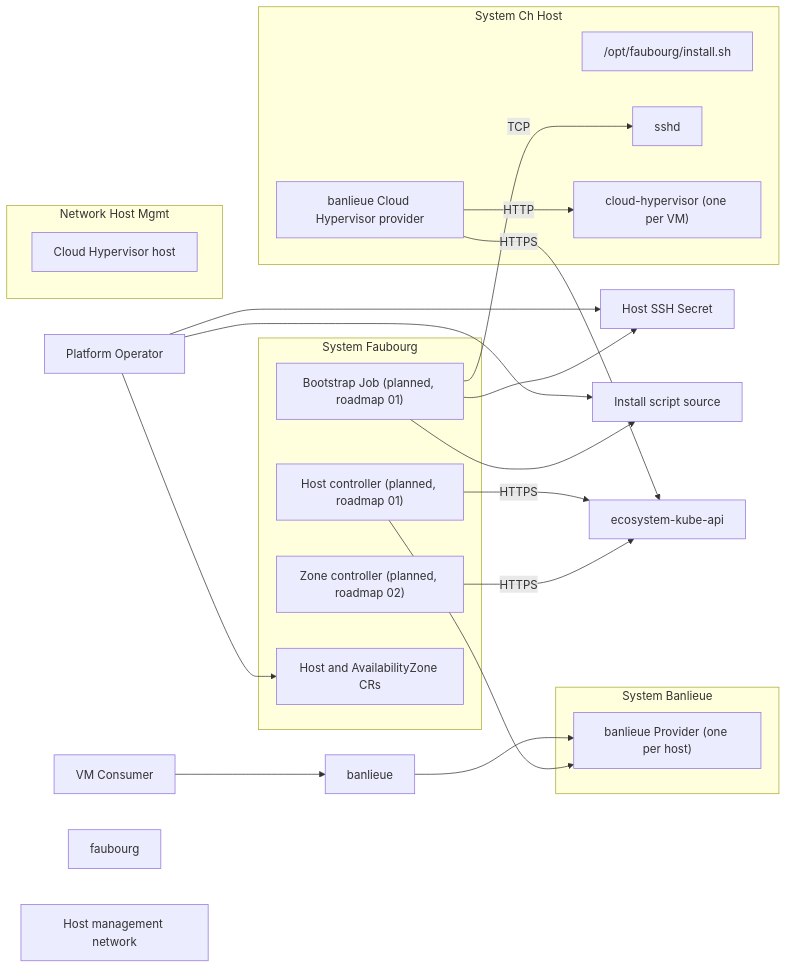
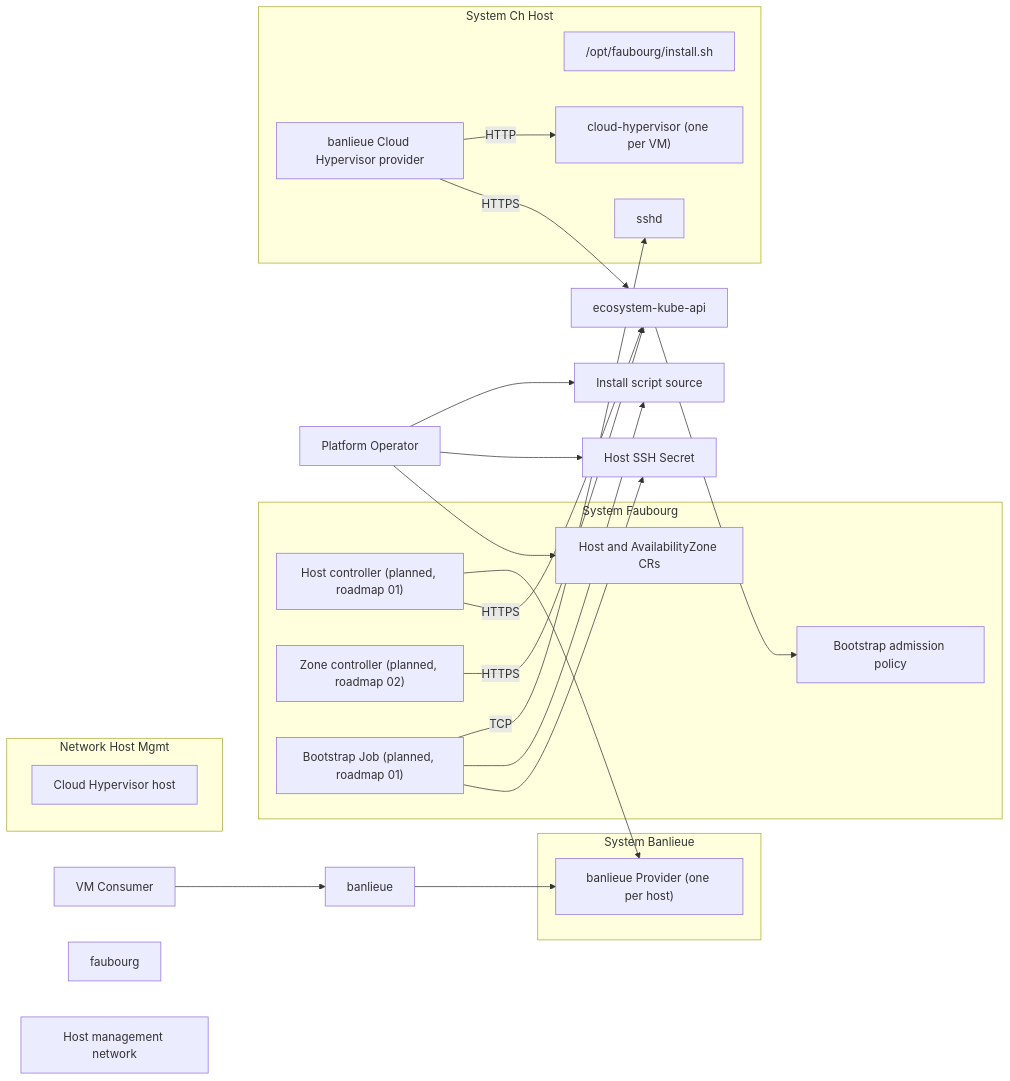
The diagram in docs/architecture/diagrams/system.md (firestoned/faubourg), drawn with Mermaid before and after one commit. The commit also changed 26 other files, not shown here.

First line of the commit message:
feat(controller): bootstrap Job builder under an admission policy (ADR-0008, roadmap 01) (#3)

````diff
--- a/docs/architecture/diagrams/system.md
+++ b/docs/architecture/diagrams/system.md
@@ -21,51 +21,54 @@
 ```mermaid
 flowchart LR
     actor-platform-operator["Platform Operator"]
     actor-vm-consumer["VM Consumer"]
     system-faubourg["faubourg"]
     service-host-controller["Host controller (planned, roadmap 01)"]
     service-zone-controller["Zone controller (planned, roadmap 02)"]
     service-bootstrap-job["Bootstrap Job (planned, roadmap 01)"]
+    service-bootstrap-admission-policy["Bootstrap admission policy"]
     data-asset-host-az-crs["Host and AvailabilityZone CRs"]
     data-asset-ssh-secret["Host SSH Secret"]
     system-banlieue["banlieue"]
     data-asset-provider-cr["banlieue Provider (one per host)"]
     system-ch-host["Cloud Hypervisor host"]
     data-asset-install-script["Install script source"]
     data-asset-host-install-script["/opt/faubourg/install.sh"]
     service-ssh["sshd"]
     service-banlieue-ch-provider["banlieue Cloud Hypervisor provider"]
     service-cloud-hypervisor["cloud-hypervisor (one per VM)"]
     network-host-mgmt["Host management network"]
     subgraph sg_system-faubourg [System Faubourg]
         service-host-controller
         service-zone-controller
         service-bootstrap-job
+        service-bootstrap-admission-policy
         data-asset-host-az-crs
     end
     subgraph sg_system-ch-host [System Ch Host]
         service-ssh
         data-asset-host-install-script
         service-banlieue-ch-provider
         service-cloud-hypervisor
     end
     subgraph sg_system-banlieue [System Banlieue]
         data-asset-provider-cr
     end
     subgraph sg_network-host-mgmt [Network Host Mgmt]
         system-ch-host
     end
     actor-platform-operator --> data-asset-host-az-crs
     actor-platform-operator --> data-asset-ssh-secret
     actor-platform-operator --> data-asset-install-script
     actor-vm-consumer --> system-banlieue
     service-host-controller -->|HTTPS| ecosystem-kube-api
+    ecosystem-kube-api --> service-bootstrap-admission-policy
     service-zone-controller -->|HTTPS| ecosystem-kube-api
     service-bootstrap-job --> data-asset-ssh-secret
     service-bootstrap-job --> data-asset-install-script
     service-bootstrap-job -->|TCP| service-ssh
     service-banlieue-ch-provider -->|HTTPS| ecosystem-kube-api
     service-banlieue-ch-provider -->|HTTP| service-cloud-hypervisor
     system-banlieue --> data-asset-provider-cr
     service-host-controller --> data-asset-provider-cr
 ```
````
